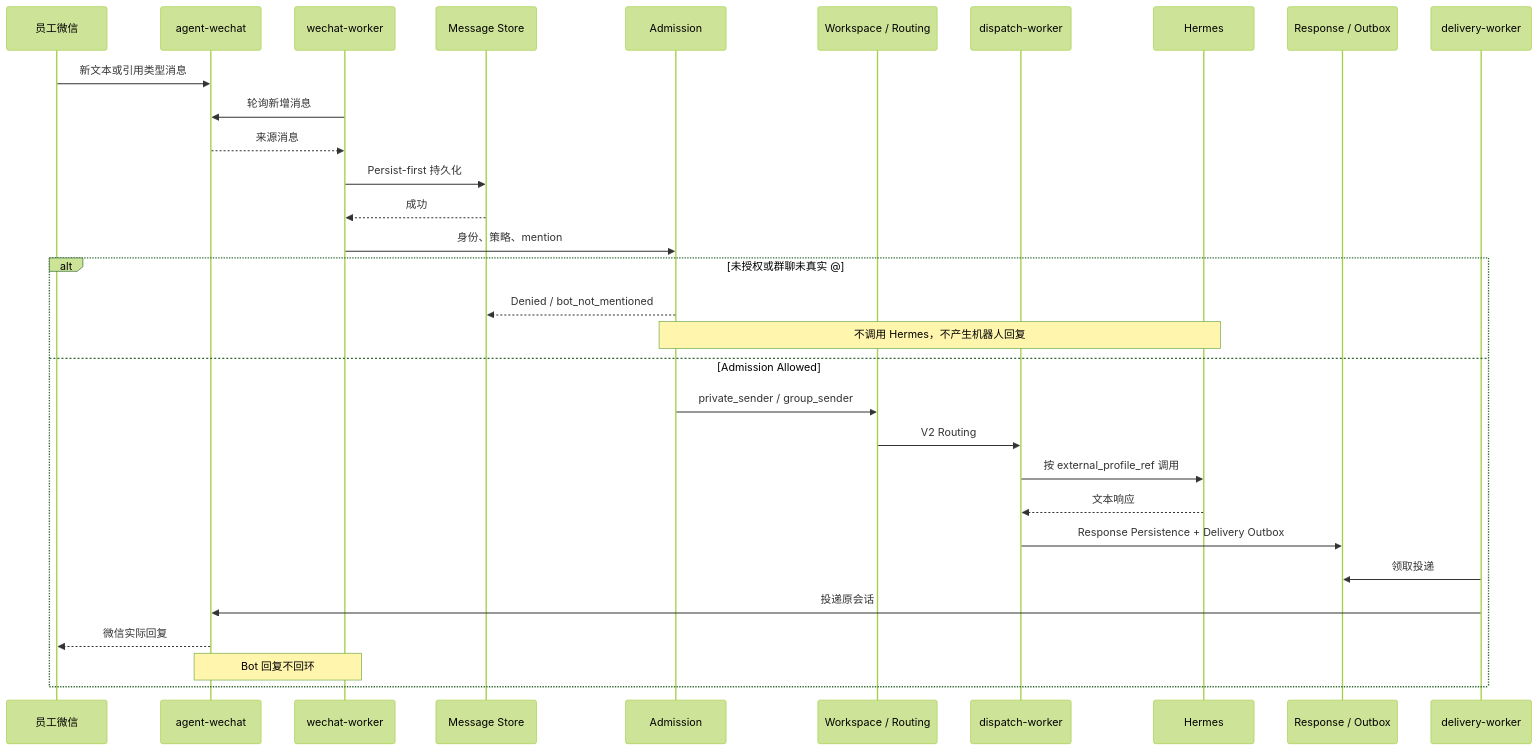
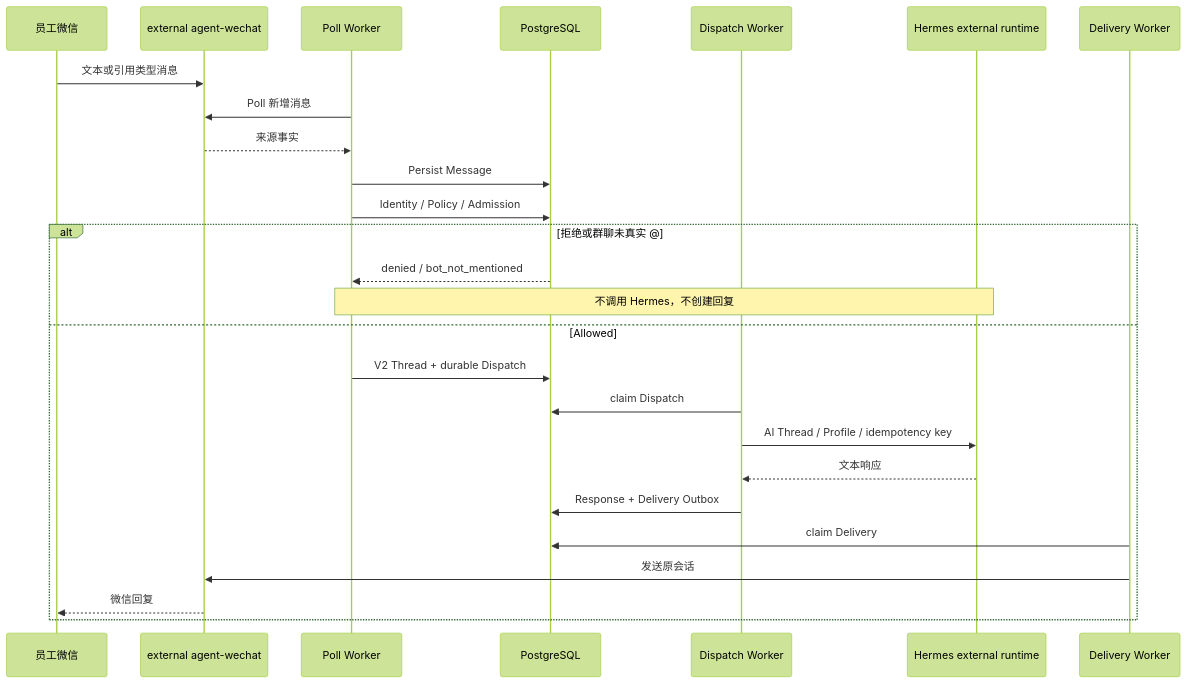
Before and after one commit to Tangbohu09527/CF_ecommerce-automation-docs: the first of 3 diagrams in architecture/message-flow.md, drawn with Mermaid (forest theme). The commit also changed other lines of this file and 17 other files, not shown here.

Commit message:
docs: align current architecture and component status

````diff
--- a/architecture/message-flow.md
+++ b/architecture/message-flow.md
@@ -7,34 +7,29 @@
 ```mermaid
 sequenceDiagram
-    participant E as 员工微信
-    participant AW as agent-wechat
-    participant WW as wechat-worker
-    participant MS as Message Store
-    participant AD as Admission
-    participant RT as Workspace / Routing
-    participant DW as dispatch-worker
-    participant H as Hermes
-    participant DO as Response / Outbox
-    participant DL as delivery-worker
+    participant U as 员工微信
+    participant AW as external agent-wechat
+    participant PW as Poll Worker
+    participant PG as PostgreSQL
+    participant DW as Dispatch Worker
+    participant H as Hermes external runtime
+    participant DL as Delivery Worker
 
-    E->>AW: 新文本或引用类型消息
-    WW->>AW: 轮询新增消息
-    AW-->>WW: 来源消息
-    WW->>MS: Persist-first 持久化
-    MS-->>WW: 成功
-    WW->>AD: 身份、策略、mention
-    alt 未授权或群聊未真实 @
-        AD-->>MS: Denied / bot_not_mentioned
-        Note over AD,H: 不调用 Hermes，不产生机器人回复
-    else Admission Allowed
-        AD->>RT: private_sender / group_sender
-        RT->>DW: V2 Routing
-        DW->>H: 按 external_profile_ref 调用
+    U->>AW: 文本或引用类型消息
+    PW->>AW: Poll 新增消息
+    AW-->>PW: 来源事实
+    PW->>PG: Persist Message
+    PW->>PG: Identity / Policy / Admission
+    alt 拒绝或群聊未真实 @
+        PG-->>PW: denied / bot_not_mentioned
+        Note over PW,H: 不调用 Hermes，不创建回复
+    else Allowed
+        PW->>PG: V2 Thread + durable Dispatch
+        DW->>PG: claim Dispatch
+        DW->>H: AI Thread / Profile / idempotency key
         H-->>DW: 文本响应
-        DW->>DO: Response Persistence + Delivery Outbox
-        DL->>DO: 领取投递
-        DL->>AW: 投递原会话
-        AW-->>E: 微信实际回复
-        Note over AW,WW: Bot 回复不回环
+        DW->>PG: Response + Delivery Outbox
+        DL->>PG: claim Delivery
+        DL->>AW: 发送原会话
+        AW-->>U: 微信回复
     end
 ```
````
